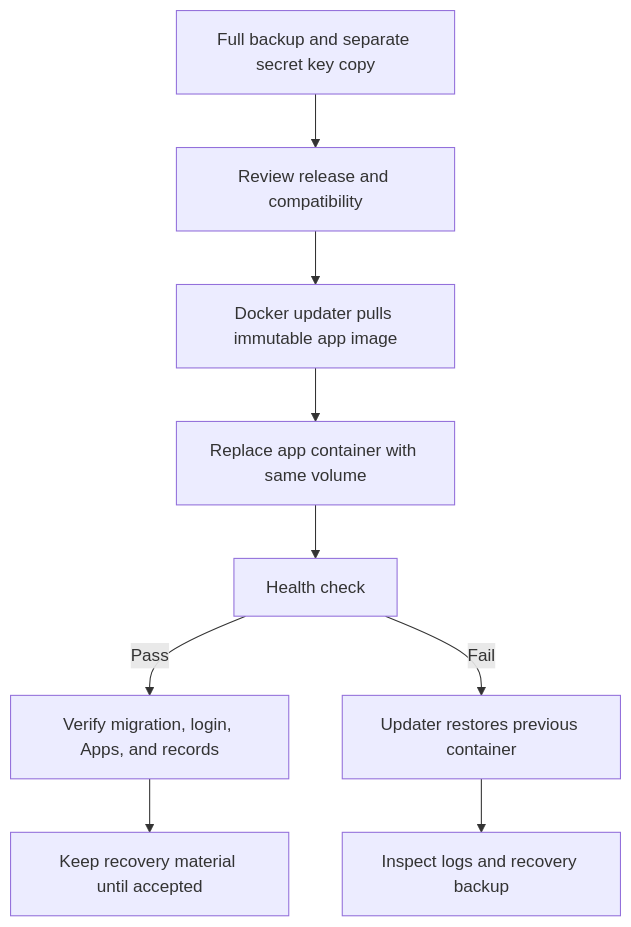
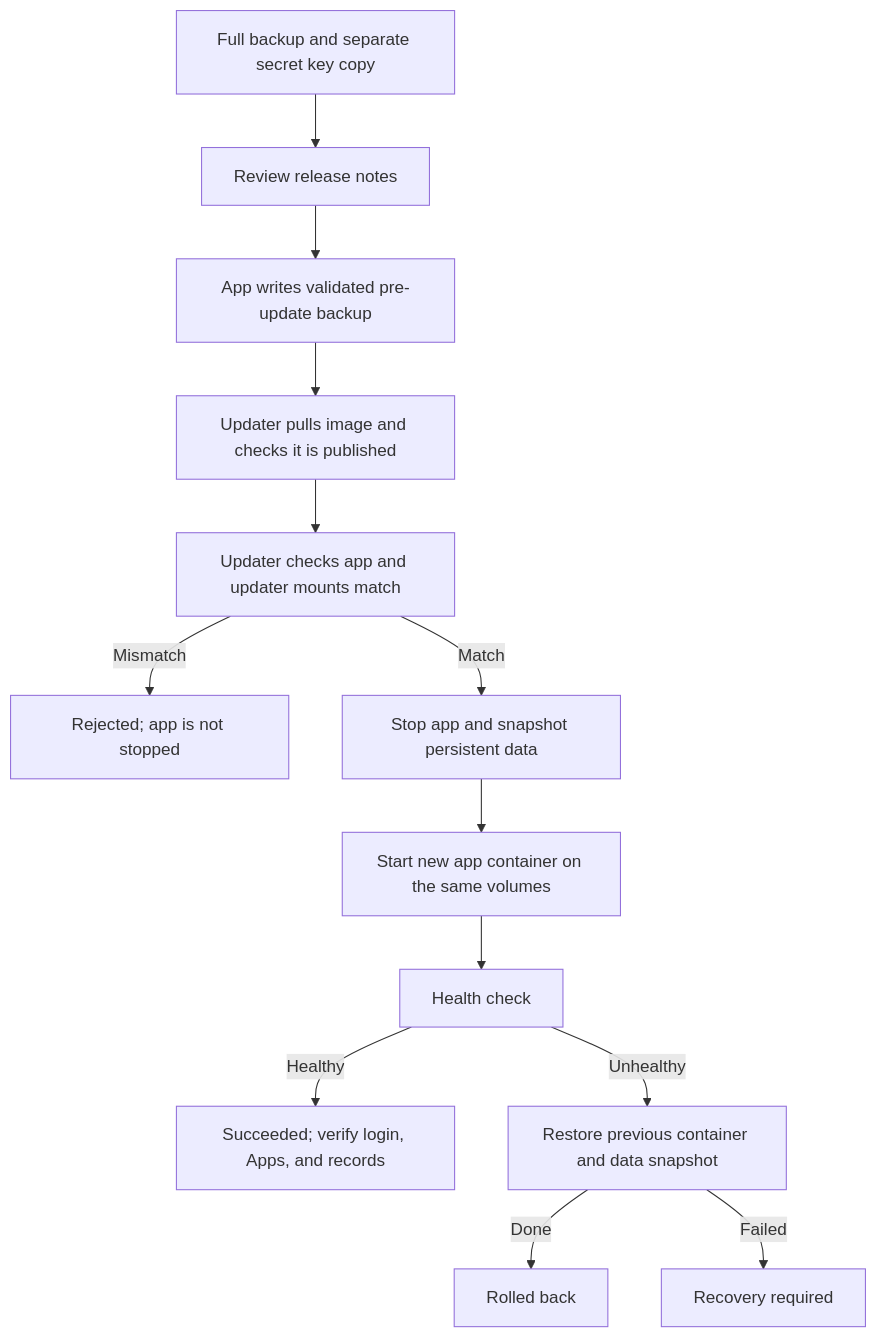
Before and after one commit to emu479p01/emu-framework-docs: the diagram in admin/framework-update.md, drawn with Mermaid. The commit also changed other lines of this file and 16 other files, not shown here.

First line of the commit message:
Update admin, user, and release notes for v1.4.0

````diff
--- a/admin/framework-update.md
+++ b/admin/framework-update.md
@@ -13,11 +27,15 @@
 ```mermaid
 flowchart TD
-    A[Full backup and separate secret key copy] --> B[Review release and compatibility]
-    B --> C[Docker updater pulls immutable app image]
-    C --> D[Replace app container with same volume]
-    D --> E[Health check]
-    E -->|Pass| F[Verify migration, login, Apps, and records]
-    E -->|Fail| G[Updater restores previous container]
-    G --> H[Inspect logs and recovery backup]
-    F --> I[Keep recovery material until accepted]
+    A[Full backup and separate secret key copy] --> B[Review release notes]
+    B --> C[App writes validated pre-update backup]
+    C --> D[Updater pulls image and checks it is published]
+    D --> E[Updater checks app and updater mounts match]
+    E -->|Mismatch| X[Rejected; app is not stopped]
+    E -->|Match| F[Stop app and snapshot persistent data]
+    F --> G[Start new app container on the same volumes]
+    G --> H[Health check]
+    H -->|Healthy| I[Succeeded; verify login, Apps, and records]
+    H -->|Unhealthy| J[Restore previous container and data snapshot]
+    J -->|Done| K[Rolled back]
+    J -->|Failed| L[Recovery required]
 ```
````
